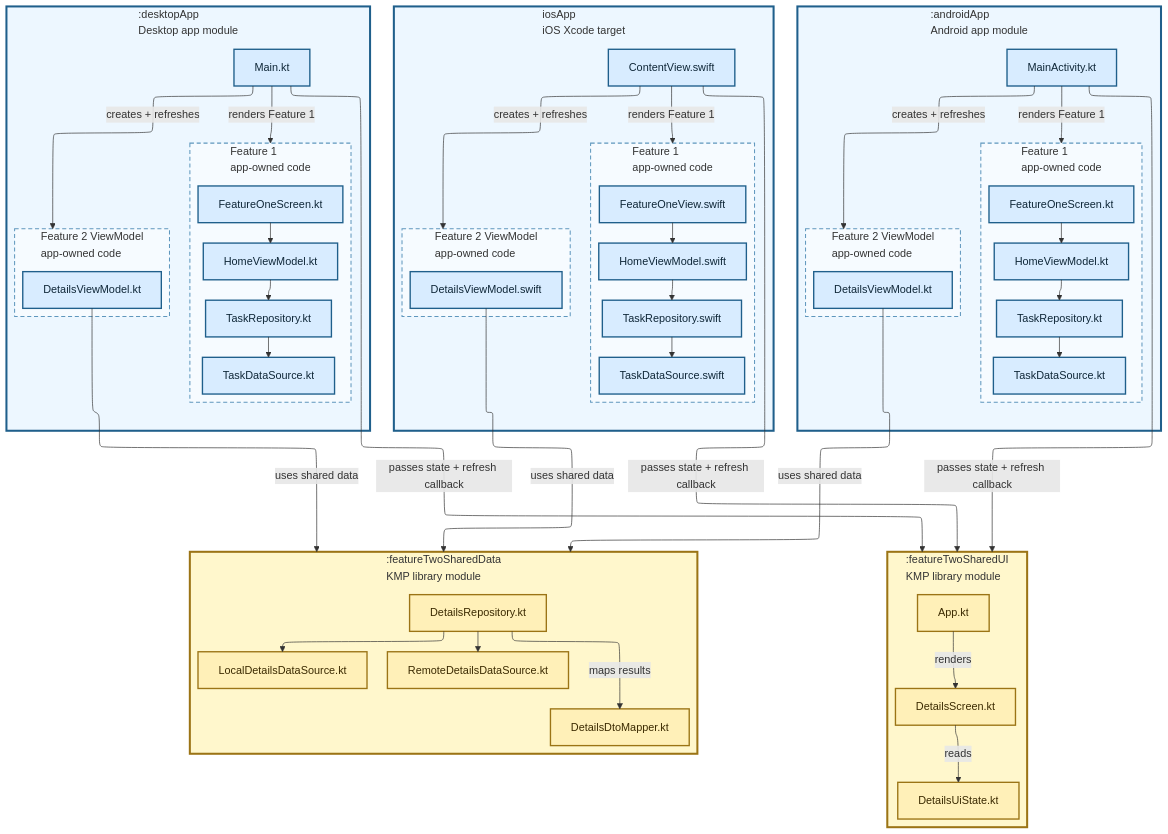
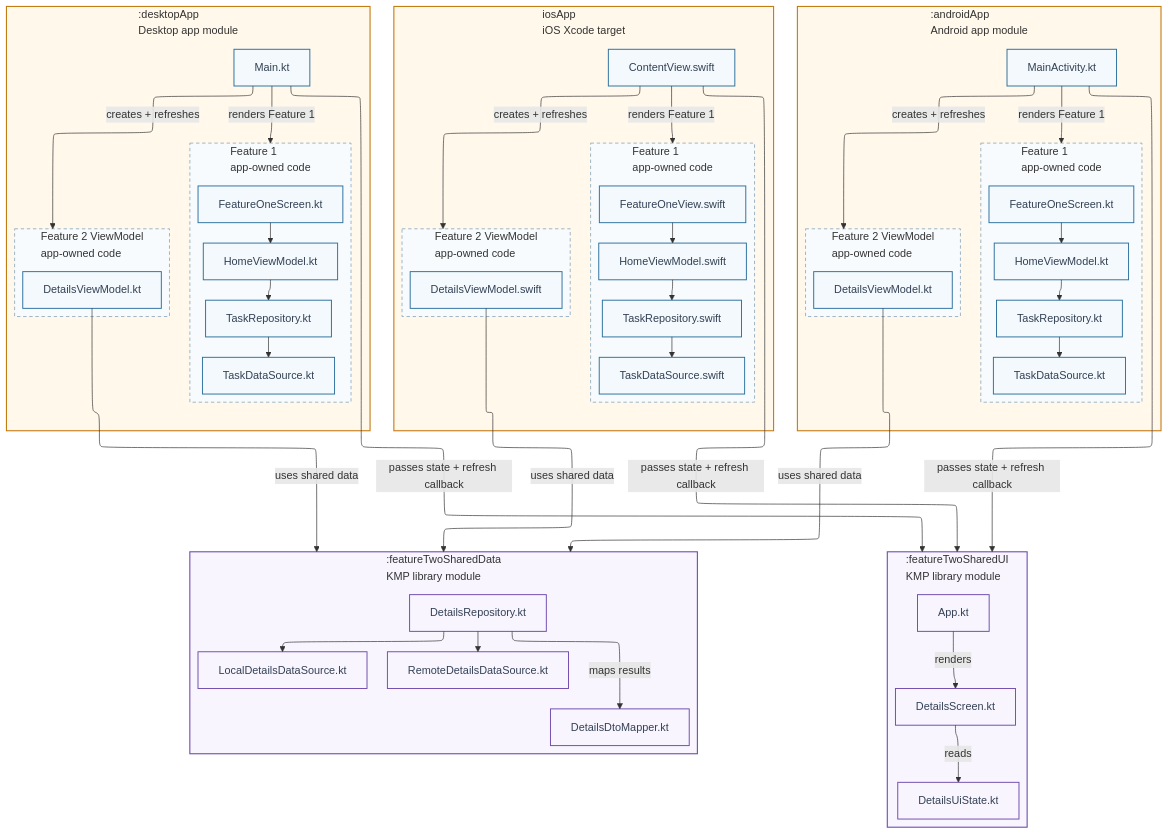
Before and after one commit to TheSetox/kmp-sample-diagrams: the diagram in diagrams/13-modular-kmp-ui-data-layer.md, drawn with Mermaid. The commit also changed 42 other files, not shown here.

Commit message:
Redesign Mermaid architecture diagrams

````diff
--- a/diagrams/13-modular-kmp-ui-data-layer.md
+++ b/diagrams/13-modular-kmp-ui-data-layer.md
@@ -94,19 +94,19 @@
   IDetailsVM -->|"uses shared data"| DataKMP
   ADetailsVM -->|"uses shared data"| DataKMP
 
-  classDef app fill:#d8ecff,stroke:#1f5f8b,color:#0f2738,stroke-width:2px;
-  classDef kmp fill:#fff0b8,stroke:#9b7415,color:#3b2a00,stroke-width:2px;
+  classDef app fill:#f3f9fc,stroke:#2b6f9e,color:#334155,stroke-width:1.4px;
+  classDef kmp fill:#f8f5fe,stroke:#6e4bae,color:#334155,stroke-width:1.4px;
   class AEntry,AHomeUI,AHomeVM,ATaskRepository,ATaskDataSource,ADetailsVM,IEntry,IHomeUI,IHomeVM,ITaskRepository,ITaskDataSource,IDetailsVM,DEntry,DHomeUI,DHomeVM,DTaskRepository,DTaskDataSource,DDetailsVM app;
   class App,Screen,State,Repository,Remote,Cache,Mapper kmp;
-  style Android fill:#edf7ff,stroke:#1f5f8b,stroke-width:3px
-  style IOS fill:#edf7ff,stroke:#1f5f8b,stroke-width:3px
-  style Desktop fill:#edf7ff,stroke:#1f5f8b,stroke-width:3px
-  style AFeatureOne fill:#f6fbff,stroke:#5f97bd,stroke-width:1.5px,stroke-dasharray:6 4
-  style AFeatureTwo fill:#f6fbff,stroke:#5f97bd,stroke-width:1.5px,stroke-dasharray:6 4
-  style IFeatureOne fill:#f6fbff,stroke:#5f97bd,stroke-width:1.5px,stroke-dasharray:6 4
-  style IFeatureTwo fill:#f6fbff,stroke:#5f97bd,stroke-width:1.5px,stroke-dasharray:6 4
-  style DFeatureOne fill:#f6fbff,stroke:#5f97bd,stroke-width:1.5px,stroke-dasharray:6 4
-  style DFeatureTwo fill:#f6fbff,stroke:#5f97bd,stroke-width:1.5px,stroke-dasharray:6 4
-  style UIKMP fill:#fff7cc,stroke:#9b7415,stroke-width:3px
-  style DataKMP fill:#fff7cc,stroke:#9b7415,stroke-width:3px
+  style Android fill:#fff8eb,stroke:#c47a12,stroke-width:1.6px
+  style IOS fill:#fff8eb,stroke:#c47a12,stroke-width:1.6px
+  style Desktop fill:#fff8eb,stroke:#c47a12,stroke-width:1.6px
+  style AFeatureOne fill:#f8fbfd,stroke:#8aa7bc,stroke-width:1.2px,stroke-dasharray:5 4
+  style AFeatureTwo fill:#f8fbfd,stroke:#8aa7bc,stroke-width:1.2px,stroke-dasharray:5 4
+  style IFeatureOne fill:#f8fbfd,stroke:#8aa7bc,stroke-width:1.2px,stroke-dasharray:5 4
+  style IFeatureTwo fill:#f8fbfd,stroke:#8aa7bc,stroke-width:1.2px,stroke-dasharray:5 4
+  style DFeatureOne fill:#f8fbfd,stroke:#8aa7bc,stroke-width:1.2px,stroke-dasharray:5 4
+  style DFeatureTwo fill:#f8fbfd,stroke:#8aa7bc,stroke-width:1.2px,stroke-dasharray:5 4
+  style UIKMP fill:#f8f5fe,stroke:#6e4bae,stroke-width:1.6px
+  style DataKMP fill:#f8f5fe,stroke:#6e4bae,stroke-width:1.6px
 ```
````
